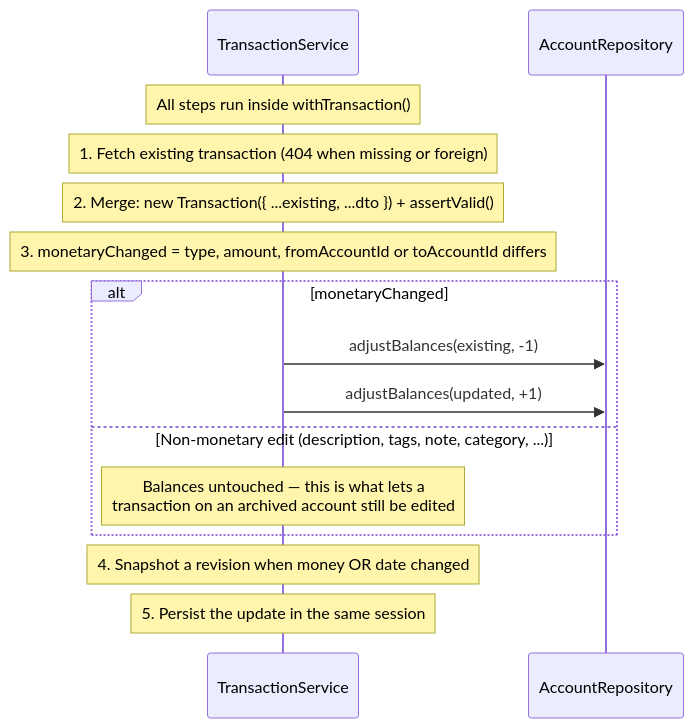
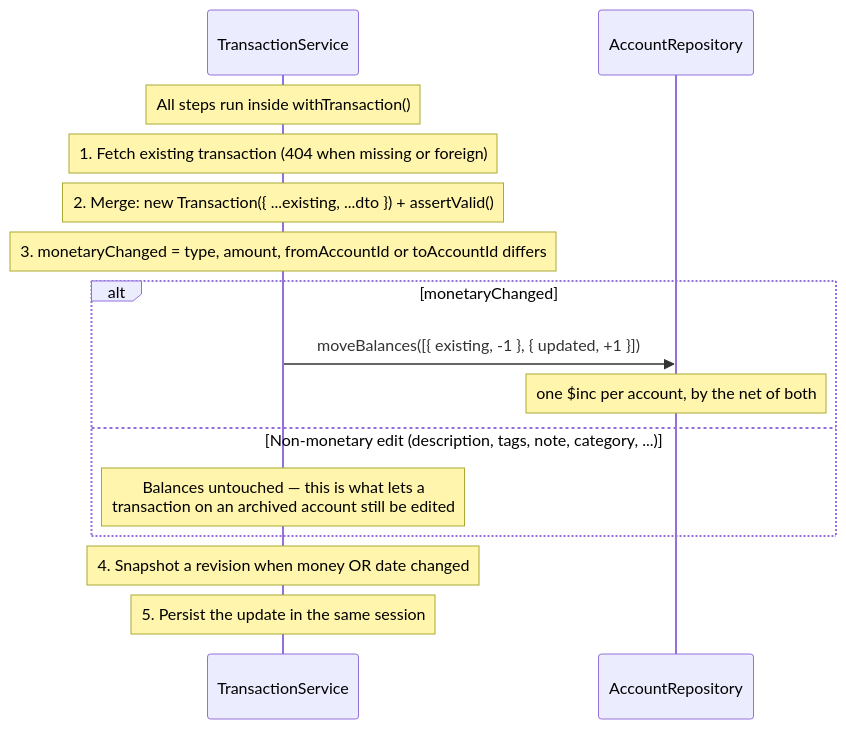
One commit to alex16jpv/lag-money-manager changed the second of 2 diagrams in docs/modules/transactions.md. Above: the diagram before and after it, drawn with Mermaid. The commit also changed other lines of this file and 9 other files, not shown here.

First line of the commit message:
fix(settlements): move a settle-up's account once, by the net (T-156)

````diff
--- a/docs/modules/transactions.md
+++ b/docs/modules/transactions.md
@@ -310,18 +310,18 @@
 ```mermaid
 sequenceDiagram
     participant SVC as TransactionService
     participant ACCT as AccountRepository
 
     Note over SVC: All steps run inside withTransaction()
     Note over SVC: 1. Fetch existing transaction (404 when missing or foreign)
     Note over SVC: 2. Merge: new Transaction({ ...existing, ...dto }) + assertValid()
     Note over SVC: 3. monetaryChanged = type, amount, fromAccountId or toAccountId differs
     alt monetaryChanged
-        SVC->>ACCT: adjustBalances(existing, -1)
-        SVC->>ACCT: adjustBalances(updated, +1)
+        SVC->>ACCT: moveBalances([{ existing, -1 }, { updated, +1 }])
+        Note over ACCT: one $inc per account, by the net of both
     else Non-monetary edit (description, tags, note, category, ...)
         Note over SVC: Balances untouched — this is what lets a<br/>transaction on an archived account still be edited
     end
     Note over SVC: 4. Snapshot a revision when money OR date changed
     Note over SVC: 5. Persist the update in the same session
 ```
````
